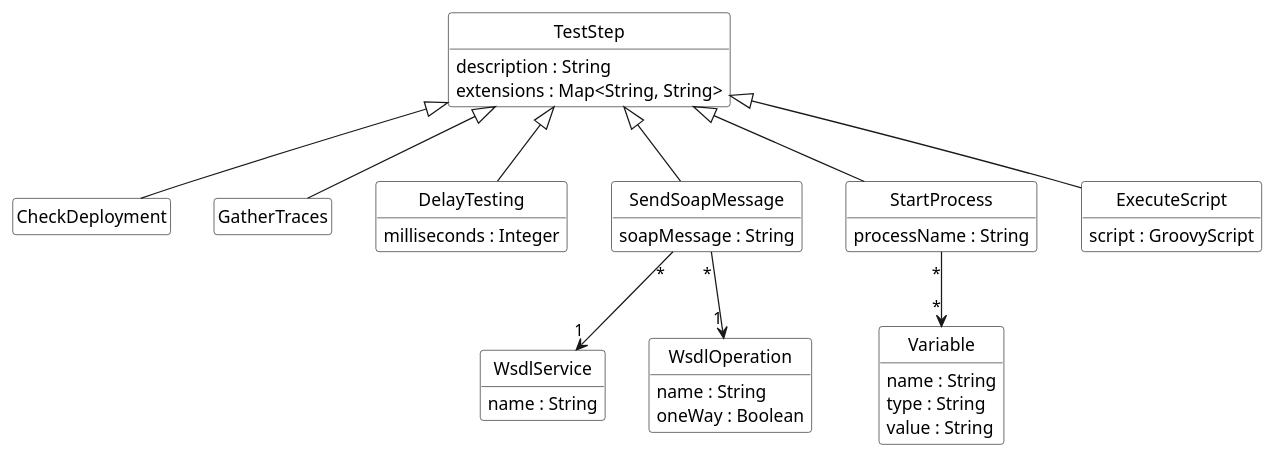
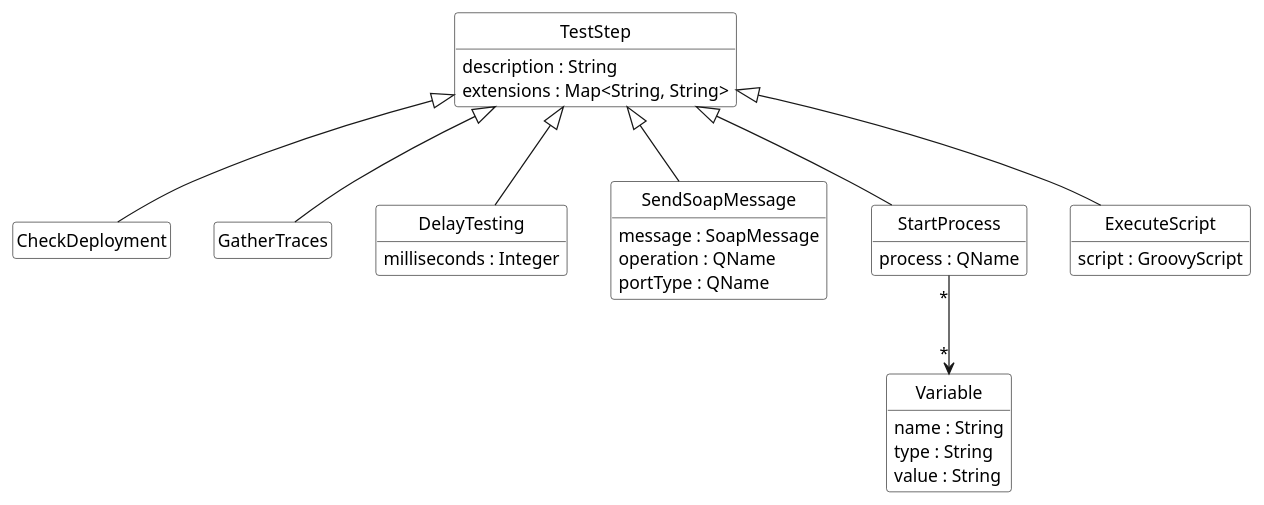
Before and after one commit to uniba-dsg/betsy: the diagram in pebl/doc/benchmark-test-steps.puml, drawn with PlantUML. The commit also changed 1 other file, not shown here.

Commit message:
More specific types, simplify soap test step

```diff
--- a/pebl/doc/benchmark-test-steps.puml
+++ b/pebl/doc/benchmark-test-steps.puml
@@ -1,51 +1,43 @@
 @startuml
 
 	class TestStep {
 	  description : String
 	  extensions : Map<String, String>
 	}
 
 	class CheckDeployment extends TestStep
 	class GatherTraces extends TestStep
 	class DelayTesting extends TestStep {
 	  milliseconds : Integer
 	}
 	class SendSoapMessage extends TestStep {
-	  soapMessage : String
-
-	}
-	class WsdlService{
-	 name : String
-	}
-	class WsdlOperation {
-	name : String
-	oneWay : Boolean
+	  message : SoapMessage
+	  operation : QName
+	  portType : QName
 	}
 	class StartProcess extends TestStep{
-	  processName : String
+	  process : QName
 	}
 
 	class ExecuteScript extends TestStep {
 	      script : GroovyScript
     	}
 
 	class Variable {
 	  name : String
 	  type : String
 	  value : String
 	}
 
 
 StartProcess "*" -down-> "*" Variable
-SendSoapMessage "*" -down-> "1" WsdlService
-SendSoapMessage "*" -down-> "1" WsdlOperation
 
 hide empty members
 hide empty methods
 hide circle
 
 skinparam monochrome true
 skinparam shadowing false
 skinparam packageStyle rect
 skinparam classBackgroundColor white
 @enduml
```
